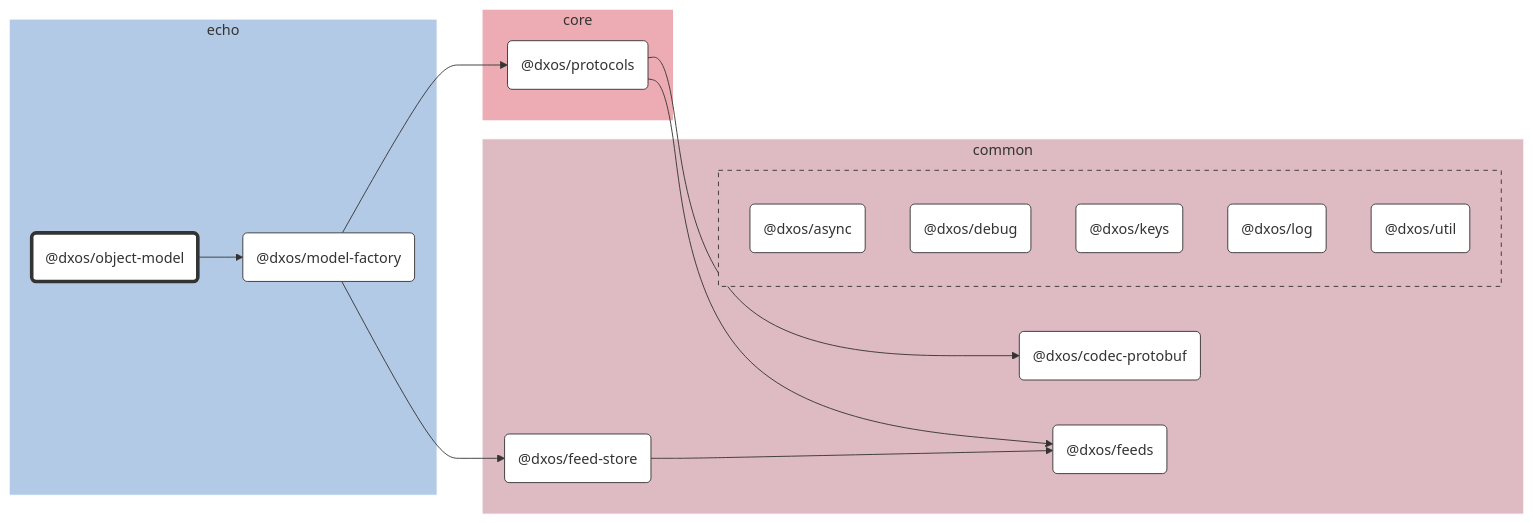
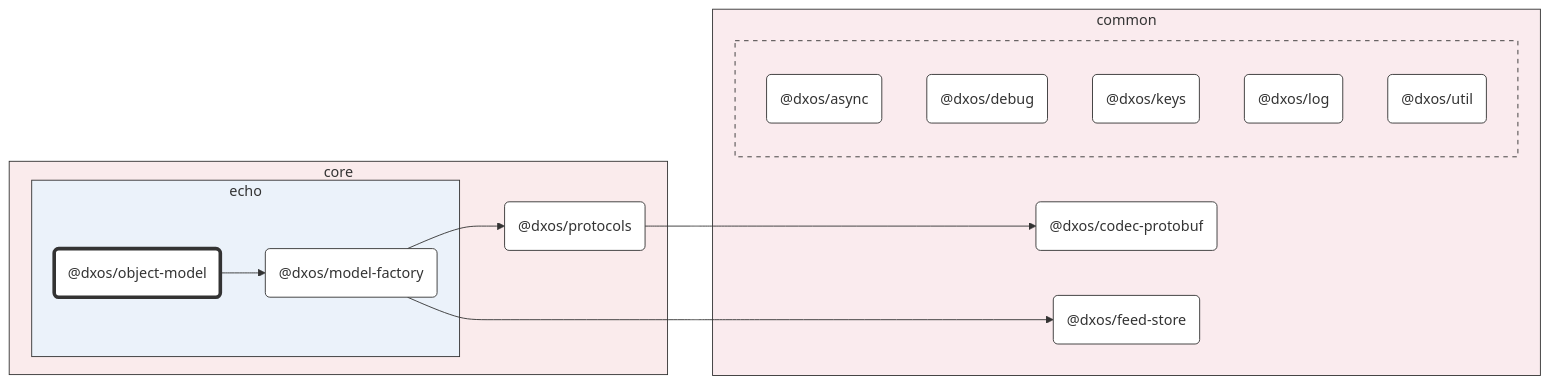
The diagram in packages/core/echo/object-model/docs/README.md (dxos/dxos), drawn with Mermaid before and after one commit. The commit also changed other lines of this file and 93 other files, not shown here.

First line of the commit message:
chore: hierarchical graphs. (#1583)

````diff
--- a/packages/core/echo/object-model/docs/README.md
+++ b/packages/core/echo/object-model/docs/README.md
@@ -7,58 +7,54 @@
 ```mermaid
 %%{ init: {'flowchart':{'curve':'basis'}} }%%
 
 flowchart LR
 
 %% Classes
 classDef def fill:#fff,stroke:#333,stroke-width:1px
 classDef root fill:#fff,stroke:#333,stroke-width:4px
 
 %% Nodes
 
-subgraph echo [echo]
-  style echo fill:#b3cae6,stroke:#fff
-  dxos/object-model("@dxos/object-model"):::root
-  click dxos/object-model "dxos/dxos/tree/main/packages/core/echo/object-model/docs"
-  dxos/model-factory("@dxos/model-factory"):::def
-  click dxos/model-factory "dxos/dxos/tree/main/packages/core/echo/model-factory/docs"
+subgraph core [core]
+  style core fill:#faebec,stroke:#333
+  dxos/protocols("@dxos/protocols"):::def
+  click dxos/protocols "dxos/dxos/tree/main/packages/core/protocols/docs"
+
+  subgraph echo [echo]
+    style echo fill:#ebf2fa,stroke:#333
+    dxos/object-model("@dxos/object-model"):::root
+    click dxos/object-model "dxos/dxos/tree/main/packages/core/echo/object-model/docs"
+    dxos/model-factory("@dxos/model-factory"):::def
+    click dxos/model-factory "dxos/dxos/tree/main/packages/core/echo/model-factory/docs"
+  end
 end
 
 subgraph common [common]
-  style common fill:#debac2,stroke:#fff
+  style common fill:#faebee,stroke:#333
   dxos/codec-protobuf("@dxos/codec-protobuf"):::def
   click dxos/codec-protobuf "dxos/dxos/tree/main/packages/common/codec-protobuf/docs"
   dxos/feed-store("@dxos/feed-store"):::def
   click dxos/feed-store "dxos/dxos/tree/main/packages/common/feed-store/docs"
-  dxos/feeds("@dxos/feeds"):::def
-  click dxos/feeds "dxos/dxos/tree/main/packages/common/feeds/docs"
 
-  subgraph common-excluded [ ]
-    style common-excluded fill:#debac2,stroke:#333,stroke-dasharray:5 5
+  subgraph _ [ ]
+    style _ fill:#faebee,stroke:#333,stroke-dasharray:5 5
     dxos/async("@dxos/async"):::def
     click dxos/async "dxos/dxos/tree/main/packages/common/async/docs"
     dxos/debug("@dxos/debug"):::def
     click dxos/debug "dxos/dxos/tree/main/packages/common/debug/docs"
     dxos/keys("@dxos/keys"):::def
     click dxos/keys "dxos/dxos/tree/main/packages/common/keys/docs"
     dxos/log("@dxos/log"):::def
     click dxos/log "dxos/dxos/tree/main/packages/common/log/docs"
     dxos/util("@dxos/util"):::def
     click dxos/util "dxos/dxos/tree/main/packages/common/util/docs"
   end
 end
 
-subgraph core [core]
-  style core fill:#edabb3,stroke:#fff
-  dxos/protocols("@dxos/protocols"):::def
-  click dxos/protocols "dxos/dxos/tree/main/packages/core/protocols/docs"
-end
-
 %% Links
 linkStyle default stroke:#333,stroke-width:1px
 dxos/object-model --> dxos/model-factory
 dxos/model-factory --> dxos/feed-store
-dxos/feed-store --> dxos/feeds
 dxos/model-factory --> dxos/protocols
 dxos/protocols --> dxos/codec-protobuf
-dxos/protocols --> dxos/feeds
 ```
````
